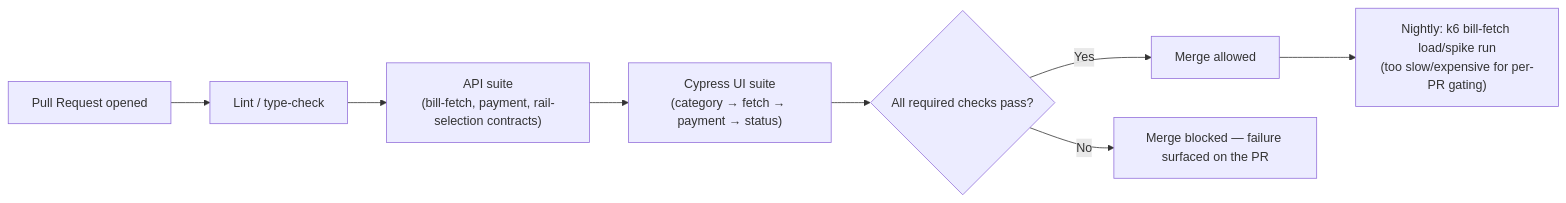
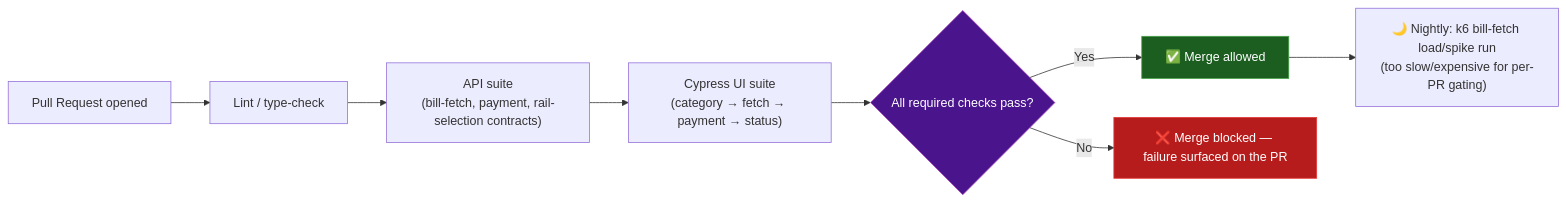
The second of 2 diagrams in docs/tech-and-skills.md (ghanendra-sdet/bbps-bill-payment-platform), drawn with Mermaid before and after one commit. The commit also changed other lines of this file, not shown here.

Commit message:
docs: enrich tech-and-skills diagrams

````diff
--- a/docs/tech-and-skills.md
+++ b/docs/tech-and-skills.md
@@ -55,10 +61,18 @@
 ```mermaid
 flowchart LR
     PR["Pull Request opened"] --> Lint["Lint / type-check"]
     Lint --> API["API suite<br/>(bill-fetch, payment, rail-selection contracts)"]
     API --> UI["Cypress UI suite<br/>(category → fetch → payment → status)"]
     UI --> Gate{"All required checks pass?"}
-    Gate -->|Yes| Merge["Merge allowed"]
-    Gate -->|No| Block["Merge blocked — failure surfaced on the PR"]
-    Merge --> Nightly["Nightly: k6 bill-fetch load/spike run<br/>(too slow/expensive for per-PR gating)"]
+    Gate -->|Yes| Merge["✅ Merge allowed"]
+    Gate -->|No| Block["❌ Merge blocked — failure surfaced on the PR"]
+    Merge --> Nightly["🌙 Nightly: k6 bill-fetch load/spike run<br/>(too slow/expensive for per-PR gating)"]
+
+    classDef gate fill:#4a148c,color:#fff,stroke:#ab47bc,stroke-width:1px
+    classDef good fill:#1b5e20,color:#fff,stroke:#43a047,stroke-width:1px
+    classDef bad fill:#b71c1c,color:#fff,stroke:#e53935,stroke-width:1px
+
+    class Gate gate
+    class Merge good
+    class Block bad
 ```
````
